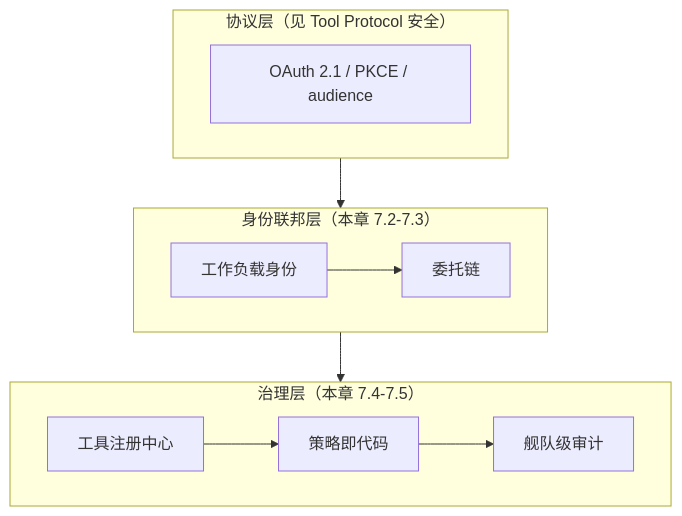
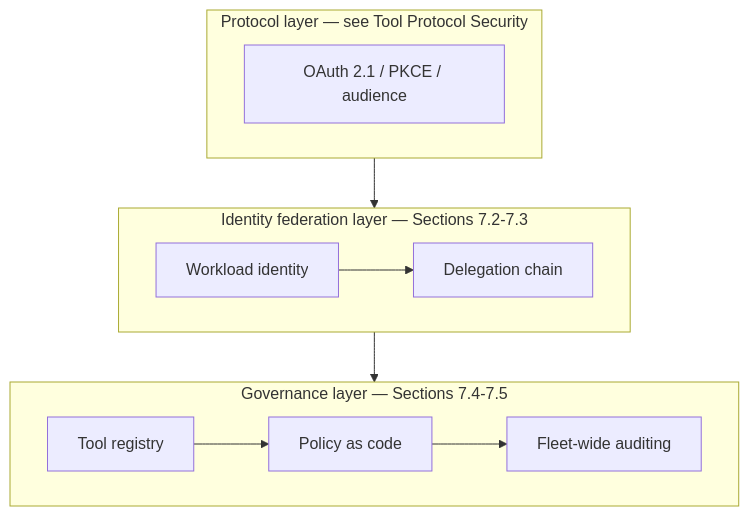
Before and after one commit to oneleaveknowsthefall/awesome-ai-roadmap: the first of 3 diagrams in docs/safety/04-agent-execution-isolation/07-agent-tool-mcp-a2a-least-privilege-identity.md, drawn with Mermaid. The commit also changed other lines of this file and 82 other files, not shown here.

````diff
--- a/docs/safety/04-agent-execution-isolation/07-agent-tool-mcp-a2a-least-privilege-identity.md
+++ b/docs/safety/04-agent-execution-isolation/07-agent-tool-mcp-a2a-least-privilege-identity.md
@@ -11,14 +11,14 @@
 ```mermaid
 flowchart TB
-    subgraph L1["协议层（见 Tool Protocol 安全）"]
+    subgraph L1["Protocol layer — see Tool Protocol Security"]
         OAUTH[OAuth 2.1 / PKCE / audience]
     end
-    subgraph L2["身份联邦层（本章 7.2-7.3）"]
-        WI[工作负载身份] --> DC[委托链]
+    subgraph L2["Identity federation layer — Sections 7.2-7.3"]
+        WI[Workload identity] --> DC[Delegation chain]
     end
-    subgraph L3["治理层（本章 7.4-7.5）"]
-        REG[工具注册中心] --> POL[策略即代码]
-        POL --> AUDIT[舰队级审计]
+    subgraph L3["Governance layer — Sections 7.4-7.5"]
+        REG[Tool registry] --> POL[Policy as code]
+        POL --> AUDIT[Fleet-wide auditing]
     end
     L1 --> L2 --> L3
 ```
````
